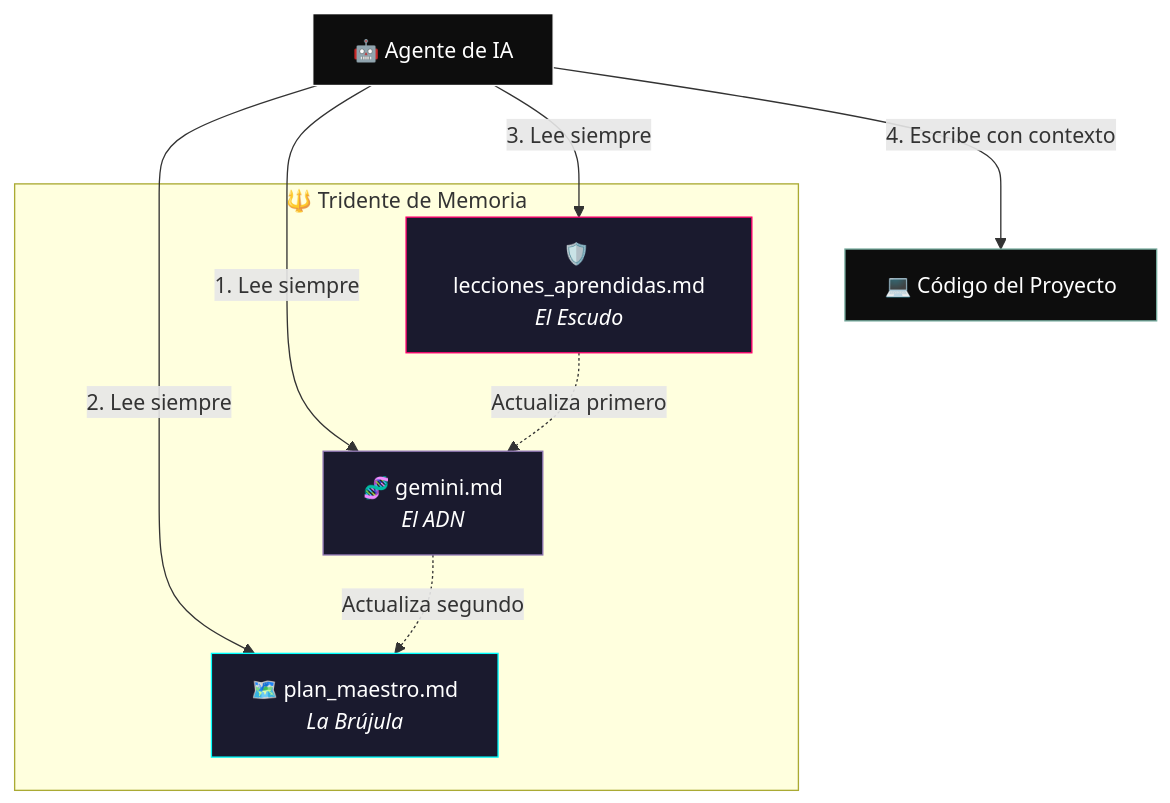
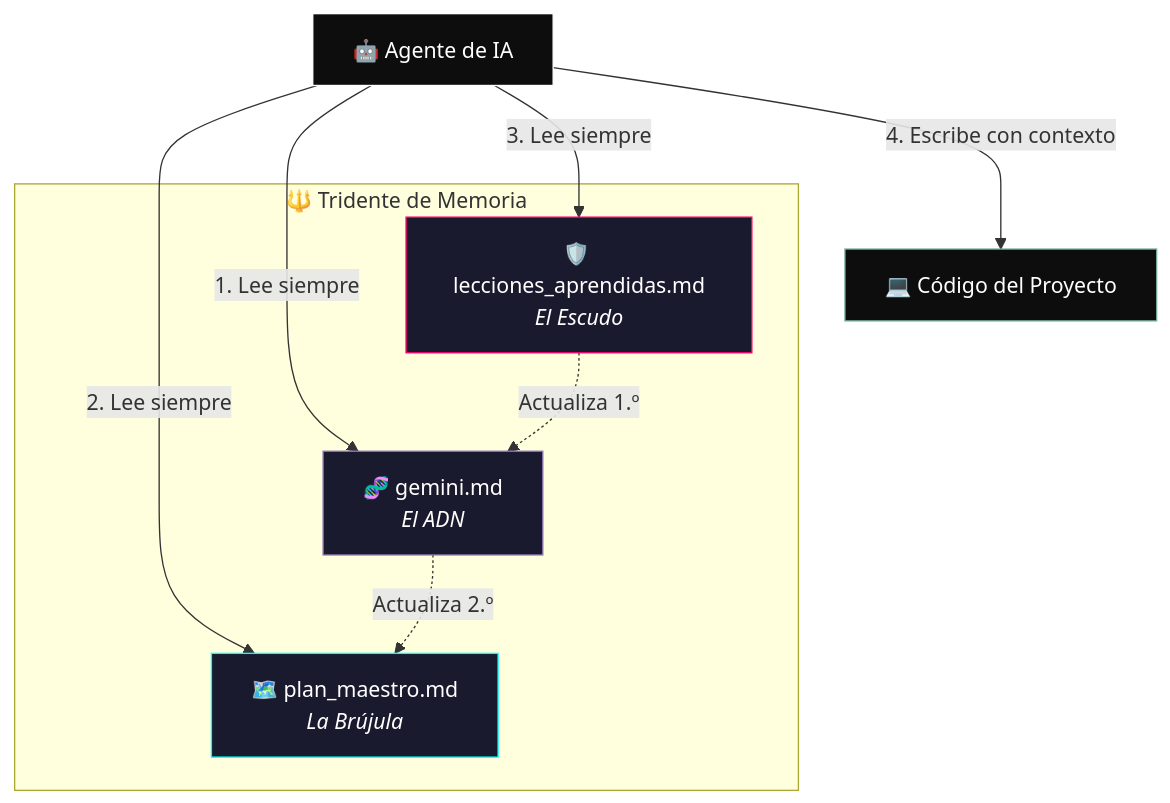
Before and after one commit to Cyberdark-Security/tridente-de-memoria-skill: the first of 2 diagrams in README.md, drawn with Mermaid. The commit also changed other lines of this file and 47 other files, not shown here.

````diff
--- a/README.md
+++ b/README.md
@@ -70,25 +75,25 @@
 ```mermaid
 graph TB
-    subgraph TRIDENTE["🔱 Tridente de Memoria"]
+    subgraph TRIDENT["🔱 Tridente de Memoria"]
         DNA["🧬 gemini.md<br/><i>El ADN</i>"]
-        COMPASS["🗺️ plan_maestro.md<br/><i>La Brújula</i>"]
-        SHIELD["🛡️ lecciones_aprendidas.md<br/><i>El Escudo</i>"]
+        PLAN["🗺️ plan_maestro.md<br/><i>La Brújula</i>"]
+        LESSONS["🛡️ lecciones_aprendidas.md<br/><i>El Escudo</i>"]
     end
 
     AGENT["🤖 Agente de IA"]
     CODE["💻 Código del Proyecto"]
 
     AGENT -->|"1. Lee siempre"| DNA
-    AGENT -->|"2. Lee siempre"| COMPASS
-    AGENT -->|"3. Lee siempre"| SHIELD
+    AGENT -->|"2. Lee siempre"| PLAN
+    AGENT -->|"3. Lee siempre"| LESSONS
     AGENT -->|"4. Escribe con contexto"| CODE
 
-    SHIELD -.->|"Actualiza primero"| DNA
-    DNA -.->|"Actualiza segundo"| COMPASS
+    LESSONS -.->|"Actualiza 1.º"| DNA
+    DNA -.->|"Actualiza 2.º"| PLAN
 
     style DNA fill:#1a1a2e,stroke:#8E75B2,color:#fff
-    style COMPASS fill:#1a1a2e,stroke:#00FFFF,color:#fff
-    style SHIELD fill:#1a1a2e,stroke:#FF006E,color:#fff
+    style PLAN fill:#1a1a2e,stroke:#00FFFF,color:#fff
+    style LESSONS fill:#1a1a2e,stroke:#FF006E,color:#fff
     style AGENT fill:#0d0d0d,stroke:#fff,color:#fff
     style CODE fill:#0d0d0d,stroke:#74aa9c,color:#fff
 ```
````
